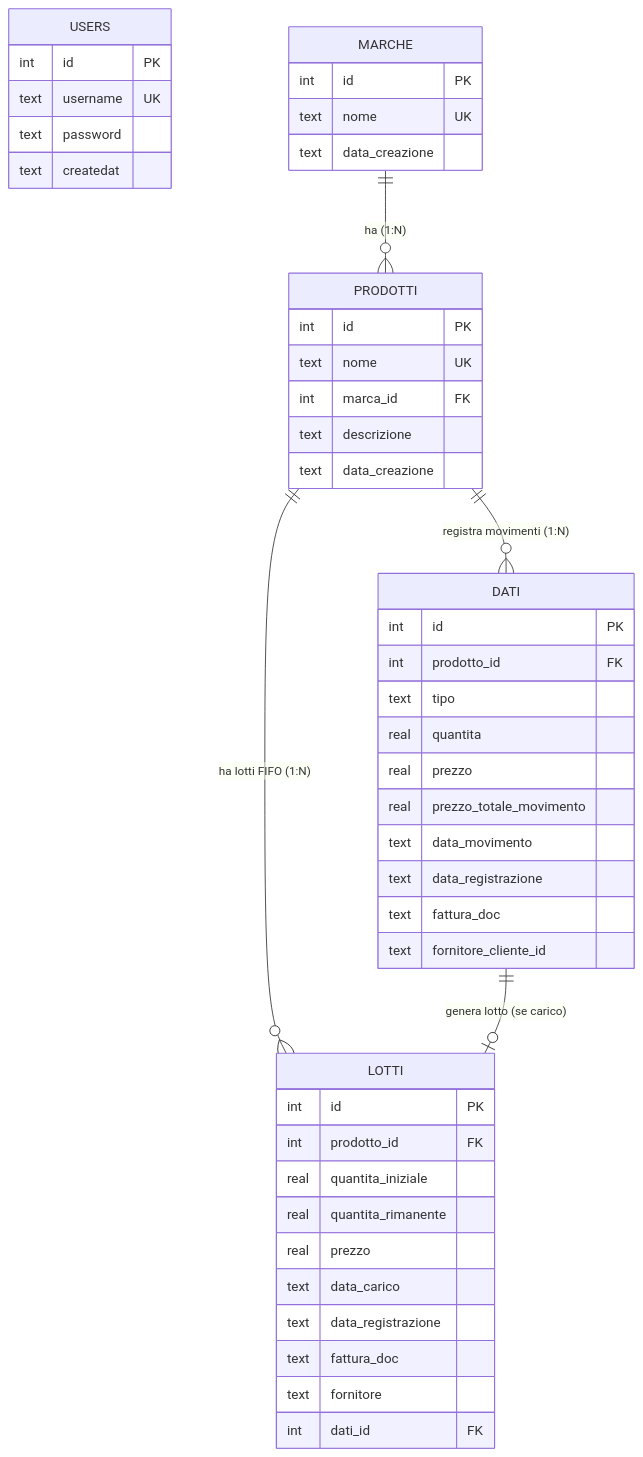
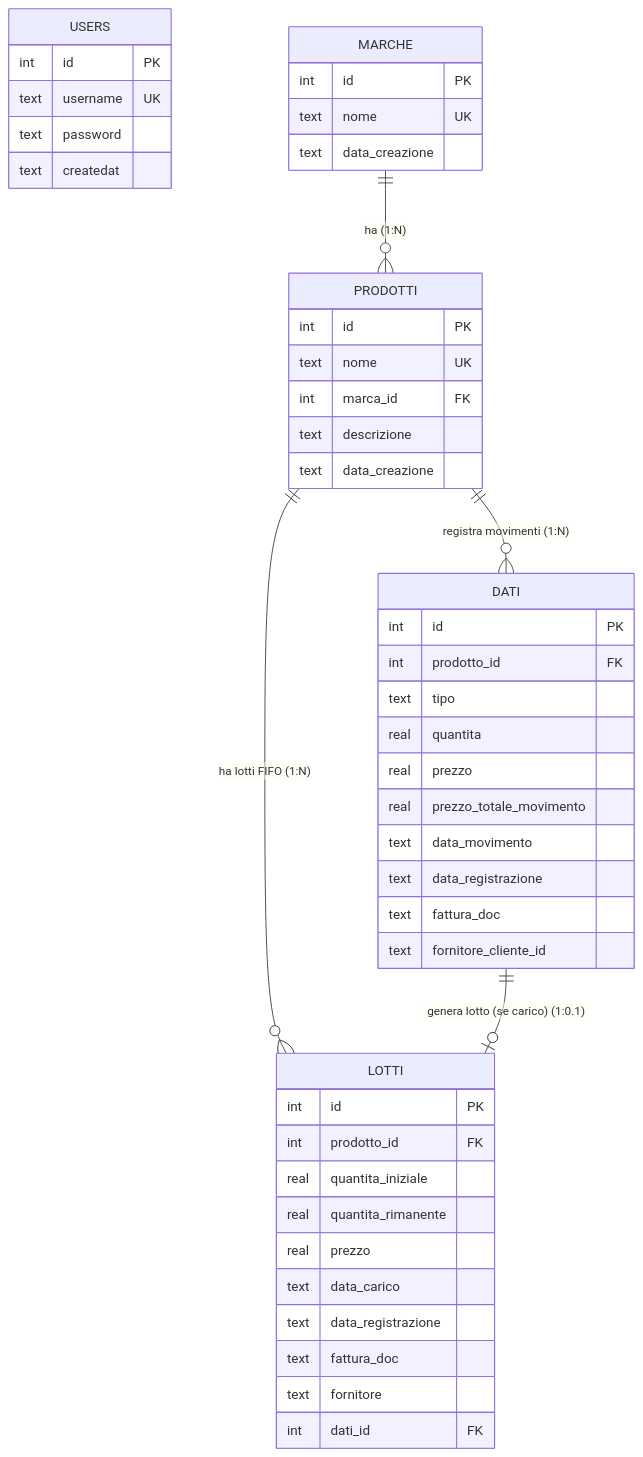
One commit to NicoMaker/Gestione_Magazzino changed the diagram in Backend/db/Schema/Schema_DB.mmd. Above: the diagram before and after it, drawn with Mermaid.

```diff
--- a/Backend/db/Schema/Schema_DB.mmd
+++ b/Backend/db/Schema/Schema_DB.mmd
@@ -1,52 +1,52 @@
 erDiagram
     USERS {
         int id PK
         text username UK
         text password
         text createdat
     }
 
     MARCHE {
         int id PK
         text nome UK
         text data_creazione
     }
 
     PRODOTTI {
         int id PK
         text nome UK
         int marca_id FK
         text descrizione
         text data_creazione
     }
 
     DATI {
         int id PK
         int prodotto_id FK
         text tipo
         real quantita
         real prezzo
         real prezzo_totale_movimento
         text data_movimento
         text data_registrazione
         text fattura_doc
         text fornitore_cliente_id
     }
 
     LOTTI {
         int id PK
         int prodotto_id FK
         real quantita_iniziale
         real quantita_rimanente
         real prezzo
         text data_carico
         text data_registrazione
         text fattura_doc
         text fornitore
         int dati_id FK
     }
 
     MARCHE ||--o{ PRODOTTI : "ha (1:N)"
     PRODOTTI ||--o{ DATI : "registra movimenti (1:N)"
     PRODOTTI ||--o{ LOTTI : "ha lotti FIFO (1:N)"
-    DATI ||--o| LOTTI : "genera lotto (se carico)"
+    DATI ||--o| LOTTI : "genera lotto (se carico) (1:0.1)"
```
